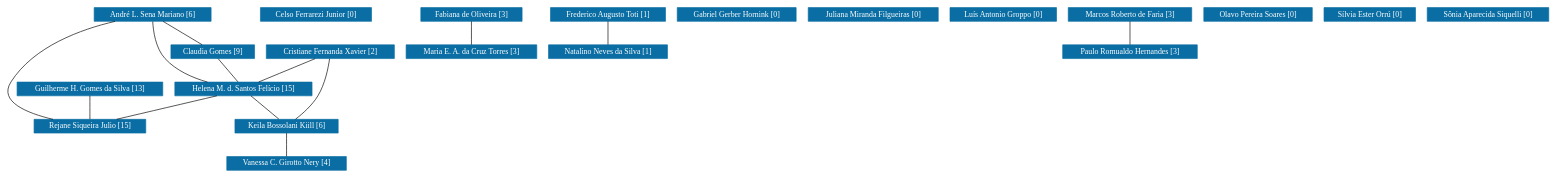
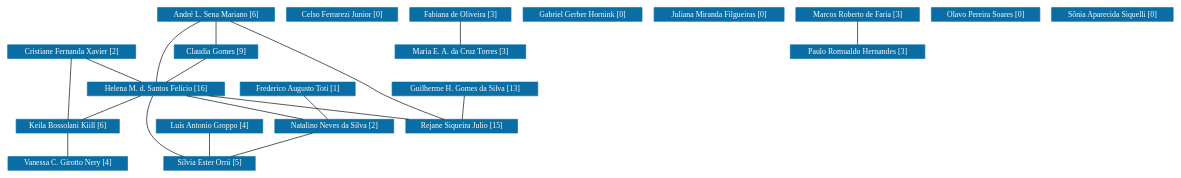
The diagram in PPGE/grafoDeColaboracoesSemPesos.dot (icamps/unifal-lattes.github.io), drawn with Graphviz before and after one commit. The commit also changed 720 other files, not shown here.

```diff
--- a/PPGE/grafoDeColaboracoesSemPesos.dot
+++ b/PPGE/grafoDeColaboracoesSemPesos.dot
@@ -1,171 +1,175 @@
 strict graph grafo1 {
-	graph [bb="0,0,1966.6,249",
+	graph [bb="0,0,1475.5,249",
 		id=grafo1,
 		overlap=False
 	];
 	node [fontsize=12,
 		label="\N",
 		shape=rectangle,
 		style=filled
 	];
 	0	 [URL="membro-1707973773263725.html",
 		color="#0A6EA4",
 		fontcolor="#FFFFFF",
 		height=0.29167,
 		label="André L. Sena Mariano [6]",
-		pos="194.04,238.5",
+		pos="271,238.5",
 		width=2.0278];
 	2	 [URL="membro-0483616532104544.html",
 		color="#0A6EA4",
 		fontcolor="#FFFFFF",
 		height=0.29167,
 		label="Claudia Gomes [9]",
-		pos="276.04,181.5",
+		pos="271,181.5",
 		width=1.4861];
-	0 -- 2	 [pos="209.46,227.78 224.12,217.59 246.05,202.35 260.69,192.17"];
+	0 -- 2	 [pos="271,227.78 271,217.59 271,202.35 271,192.17"];
 	8	 [URL="membro-8888651090922749.html",
 		color="#0A6EA4",
 		fontcolor="#FFFFFF",
 		height=0.29167,
-		label="Helena M. d. Santos Felício [15]",
-		pos="312.04,124.5",
+		label="Helena M. d. Santos Felício [16]",
+		pos="189,124.5",
 		width=2.375];
-	0 -- 8	 [pos="194.39,227.63 195.4,213.12 199.19,187.35 213.04,171 227.89,153.47 250.82,142.12 270.88,135.03"];
+	0 -- 8	 [pos="250.28,227.98 236.39,219.92 218.74,207.55 208,192 195.96,174.57 191.51,149.65 189.89,135.48"];
 	17	 [URL="membro-1798884495942862.html",
 		color="#0A6EA4",
 		fontcolor="#FFFFFF",
 		height=0.29167,
 		label="Rejane Siqueira Julio [15]",
-		pos="117.04,67.5",
+		pos="585,67.5",
 		width=1.9306];
-	0 -- 17	 [pos="153.7,227.94 110.89,214.34 45.452,186.13 16.039,135 0,107.12 38.911,88.505 72.996,78.008"];
-	2 -- 8	 [pos="282.81,170.78 289.25,160.59 298.87,145.35 305.3,135.17"];
-	8 -- 17	 [pos="275.82,113.91 240.79,103.67 188.03,88.25 153.07,78.031"];
+	0 -- 17	 [pos="288.95,227.91 333.39,201.72 447.8,134.55 487,114 512.02,100.88 541.36,87.172 561.38,78.068"];
+	2 -- 8	 [pos="255.58,170.78 240.92,160.59 218.99,145.35 204.35,135.17"];
+	8 -- 17	 [pos="262.09,113.98 334.39,103.57 444.24,87.761 515.32,77.53"];
 	10	 [URL="membro-3094025825865221.html",
 		color="#0A6EA4",
 		fontcolor="#FFFFFF",
 		height=0.29167,
 		label="Keila Bossolani Kiill [6]",
-		pos="369.04,67.5",
+		pos="75,67.5",
 		width=1.8194];
-	8 -- 10	 [pos="322.76,113.78 332.95,103.59 348.19,88.348 358.37,78.173"];
+	8 -- 10	 [pos="167.82,113.91 147.35,103.67 116.5,88.25 96.062,78.031"];
+	14	 [URL="membro-8701722710780673.html",
+		color="#0A6EA4",
+		fontcolor="#FFFFFF",
+		height=0.29167,
+		label="Natalino Neves da Silva [2]",
+		pos="424,67.5",
+		width=2.0278];
+	8 -- 14	 [pos="232.38,113.98 274.55,103.75 338.26,88.297 380.48,78.056"];
+	18	 [URL="membro-0285349325152247.html",
+		color="#0A6EA4",
+		fontcolor="#FFFFFF",
+		height=0.29167,
+		label="Sílvia Ester Orrú [5]",
+		pos="265,10.5",
+		width=1.5694];
+	8 -- 18	 [pos="185.67,113.63 182.04,99.561 177.98,74.76 188,57 197.67,39.863 216.47,28.331 233.08,21.038"];
 	20	 [URL="membro-1898701586881222.html",
 		color="#0A6EA4",
 		fontcolor="#FFFFFF",
 		height=0.29167,
 		label="Vanessa C. Girotto Nery [4]",
-		pos="369.04,10.5",
+		pos="75,10.5",
 		width=2.0694];
-	10 -- 20	 [pos="369.04,56.779 369.04,46.588 369.04,31.348 369.04,21.173"];
+	10 -- 20	 [pos="75,56.779 75,46.588 75,31.348 75,21.173"];
+	14 -- 18	 [pos="394.47,56.912 365.91,46.674 322.88,31.25 294.38,21.031"];
 	1	 [URL="membro-6396955256879565.html",
 		color="#0A6EA4",
 		fontcolor="#FFFFFF",
 		height=0.29167,
 		label="Celso Ferrarezi Junior [0]",
-		pos="405.04,238.5",
+		pos="431,238.5",
 		width=1.9167];
 	3	 [URL="membro-3768499838856176.html",
 		color="#0A6EA4",
 		fontcolor="#FFFFFF",
 		height=0.29167,
 		label="Cristiane Fernanda Xavier [2]",
-		pos="426.04,181.5",
+		pos="79,181.5",
 		width=2.1944];
-	3 -- 8	 [pos="404.86,170.91 384.39,160.67 353.54,145.25 333.1,135.03"];
-	3 -- 10	 [pos="424.22,170.97 421.57,157.27 415.86,132.86 406.04,114 398.99,100.46 387.72,87.032 379.47,78.114"];
+	3 -- 8	 [pos="99.432,170.91 119.19,160.67 148.96,145.25 168.68,135.03"];
+	3 -- 10	 [pos="78.631,170.98 77.873,149.37 76.147,100.19 75.38,78.328"];
 	4	 [URL="membro-9670033909365792.html",
 		color="#0A6EA4",
 		fontcolor="#FFFFFF",
 		height=0.29167,
 		label="Fabiana de Oliveira [3]",
-		pos="605.04,238.5",
+		pos="581,238.5",
 		width=1.7361];
 	13	 [URL="membro-9989867717454257.html",
 		color="#0A6EA4",
 		fontcolor="#FFFFFF",
 		height=0.29167,
 		label="Maria E. A. da Cruz Torres [3]",
-		pos="605.04,181.5",
+		pos="581,181.5",
 		width=2.2778];
-	4 -- 13	 [pos="605.04,227.78 605.04,217.59 605.04,202.35 605.04,192.17"];
+	4 -- 13	 [pos="581,227.78 581,217.59 581,202.35 581,192.17"];
 	5	 [URL="membro-5154949759339458.html",
 		color="#0A6EA4",
 		fontcolor="#FFFFFF",
 		height=0.29167,
 		label="Frederico Augusto Toti [1]",
-		pos="778.04,238.5",
+		pos="368,124.5",
 		width=1.9861];
-	14	 [URL="membro-8701722710780673.html",
-		color="#0A6EA4",
-		fontcolor="#FFFFFF",
-		height=0.29167,
-		label="Natalino Neves da Silva [1]",
-		pos="778.04,181.5",
-		width=2.0278];
-	5 -- 14	 [pos="778.04,227.78 778.04,217.59 778.04,202.35 778.04,192.17"];
+	5 -- 14	 [pos="378.53,113.78 388.55,103.59 403.52,88.348 413.51,78.173"];
 	6	 [URL="membro-7615930937088442.html",
 		color="#0A6EA4",
 		fontcolor="#FFFFFF",
 		height=0.29167,
 		label="Gabriel Gerber Hornink [0]",
-		pos="942.04,238.5",
+		pos="736,238.5",
 		width=2.0694];
 	7	 [URL="membro-5817829882396943.html",
 		color="#0A6EA4",
 		fontcolor="#FFFFFF",
 		height=0.29167,
 		label="Guilherme H. Gomes da Silva [13]",
-		pos="117.04,124.5",
+		pos="588,124.5",
 		width=2.5417];
-	7 -- 17	 [pos="117.04,113.78 117.04,103.59 117.04,88.348 117.04,78.173"];
+	7 -- 17	 [pos="587.44,113.78 586.9,103.59 586.1,88.348 585.56,78.173"];
 	9	 [URL="membro-8349741972184016.html",
 		color="#0A6EA4",
 		fontcolor="#FFFFFF",
 		height=0.29167,
 		label="Juliana Miranda Filgueiras [0]",
-		pos="1113.1,238.5",
+		pos="907,238.5",
 		width=2.1944];
 	11	 [URL="membro-4667459802757846.html",
 		color="#0A6EA4",
 		fontcolor="#FFFFFF",
 		height=0.29167,
-		label="Luís Antonio Groppo [0]",
-		pos="1278.1,238.5",
+		label="Luís Antonio Groppo [4]",
+		pos="265,67.5",
 		width=1.8889];
+	11 -- 18	 [pos="265,56.779 265,46.588 265,31.348 265,21.173"];
 	12	 [URL="membro-1615459773983790.html",
 		color="#0A6EA4",
 		fontcolor="#FFFFFF",
 		height=0.29167,
 		label="Marcos Roberto de Faria [3]",
-		pos="1440.1,238.5",
+		pos="1080,238.5",
 		width=2.0972];
 	16	 [URL="membro-6774743936781093.html",
 		color="#0A6EA4",
 		fontcolor="#FFFFFF",
 		height=0.29167,
 		label="Paulo Romualdo Hernandes [3]",
-		pos="1440.1,181.5",
+		pos="1080,181.5",
 		width=2.3194];
-	12 -- 16	 [pos="1440.1,227.78 1440.1,217.59 1440.1,202.35 1440.1,192.17"];
+	12 -- 16	 [pos="1080,227.78 1080,217.59 1080,202.35 1080,192.17"];
 	15	 [URL="membro-5381334650906335.html",
 		color="#0A6EA4",
 		fontcolor="#FFFFFF",
 		height=0.29167,
 		label="Olavo Pereira Soares [0]",
-		pos="1600.1,238.5",
+		pos="1240,238.5",
 		width=1.8333];
-	18	 [URL="membro-0285349325152247.html",
-		color="#0A6EA4",
-		fontcolor="#FFFFFF",
-		height=0.29167,
-		label="Sílvia Ester Orrú [0]",
-		pos="1741.1,238.5",
-		width=1.5694];
 	19	 [URL="membro-7785849794300988.html",
 		color="#0A6EA4",
 		fontcolor="#FFFFFF",
 		height=0.29167,
 		label="Sônia Aparecida Siquelli [0]",
-		pos="1891.1,238.5",
+		pos="1400,238.5",
 		width=2.0972];
 }
```
